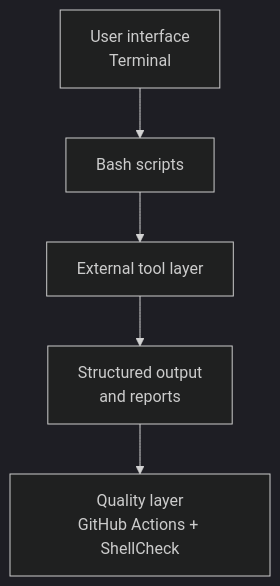
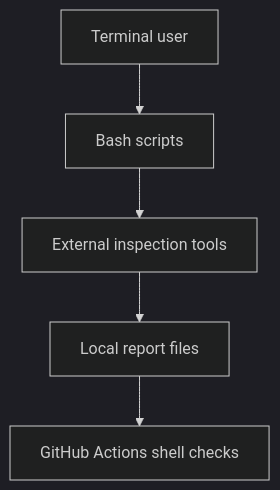
Before and after one commit to SHalimoosavi/SYJ-RE-Workstation: the first of 2 diagrams in README.md, drawn with Mermaid (dark theme). The commit also changed other lines of this file, not shown here.

````diff
--- a/README.md
+++ b/README.md
@@ -199,7 +235,7 @@
 ```mermaid
 flowchart TD
-    U["User interface<br/>Terminal"] --> B["Bash scripts"]
-    B --> E["External tool layer"]
-    E --> O["Structured output<br/>and reports"]
-    O --> Q["Quality layer<br/>GitHub Actions + ShellCheck"]
+    U["Terminal user"] --> B["Bash scripts"]
+    B --> E["External inspection tools"]
+    E --> O["Local report files"]
+    O --> Q["GitHub Actions shell checks"]
 ```
````
